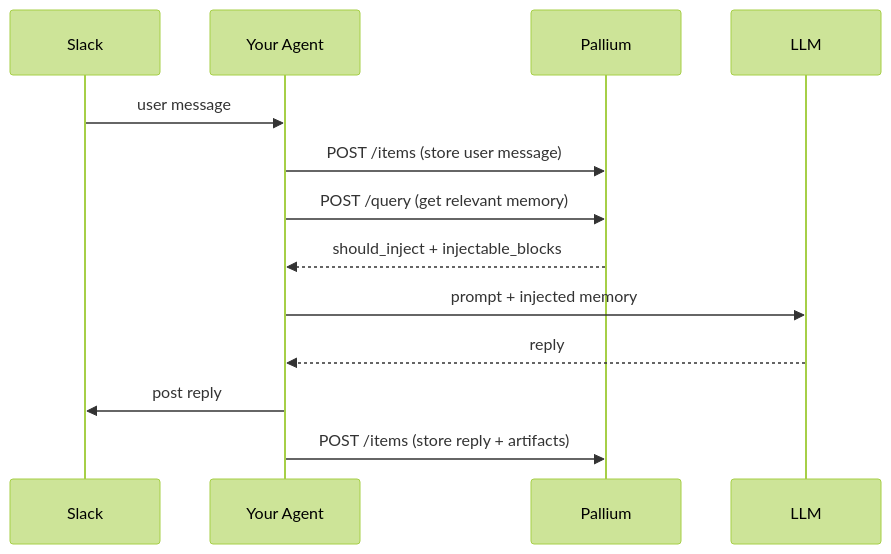
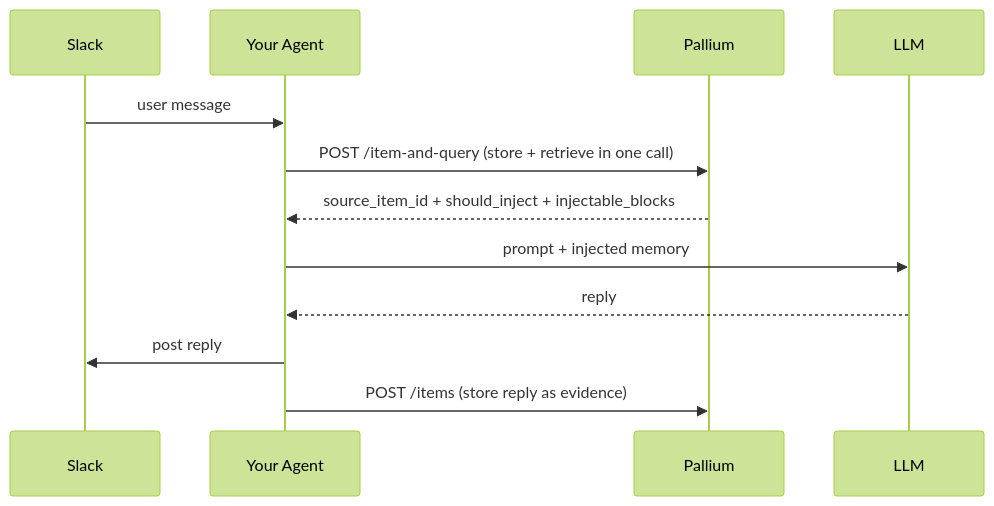
One commit to rore/Pallium changed the diagram in docs/integration-example.md. Above: the diagram before and after it, drawn with Mermaid (forest theme). The commit also changed other lines of this file and 7 other files, not shown here.

Commit message:
Add item-and-query endpoint for combined ingest and query functionality

````diff
--- a/docs/integration-example.md
+++ b/docs/integration-example.md
@@ -16,16 +16,15 @@
 ```mermaid
 sequenceDiagram
     participant S as Slack
     participant A as Your Agent
     participant P as Pallium
     participant L as LLM
 
     S->>A: user message
-    A->>P: POST /items (store user message)
-    A->>P: POST /query (get relevant memory)
-    P-->>A: should_inject + injectable_blocks
+    A->>P: POST /item-and-query (store + retrieve in one call)
+    P-->>A: source_item_id + should_inject + injectable_blocks
     A->>L: prompt + injected memory
     L-->>A: reply
     A->>S: post reply
-    A->>P: POST /items (store reply + artifacts)
+    A->>P: POST /items (store reply as evidence)
 ```
````
